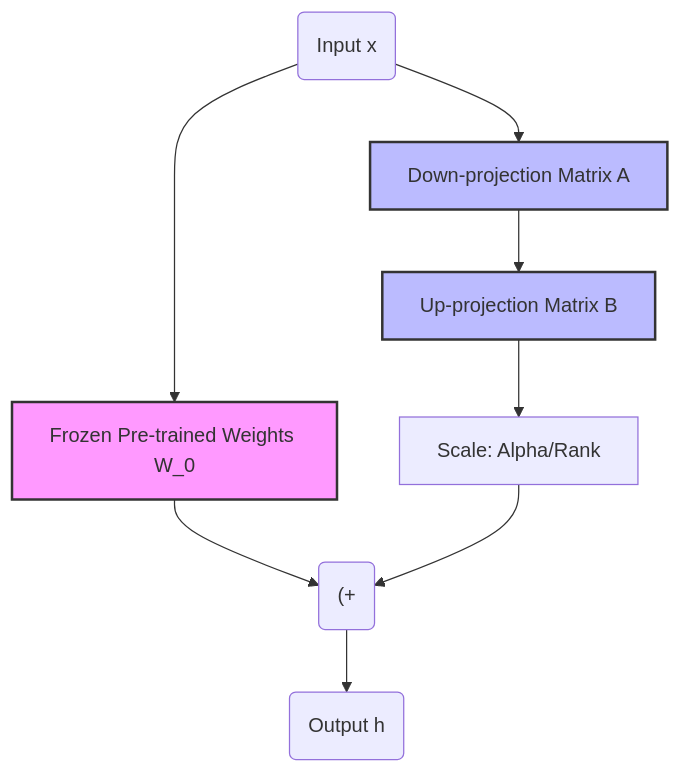
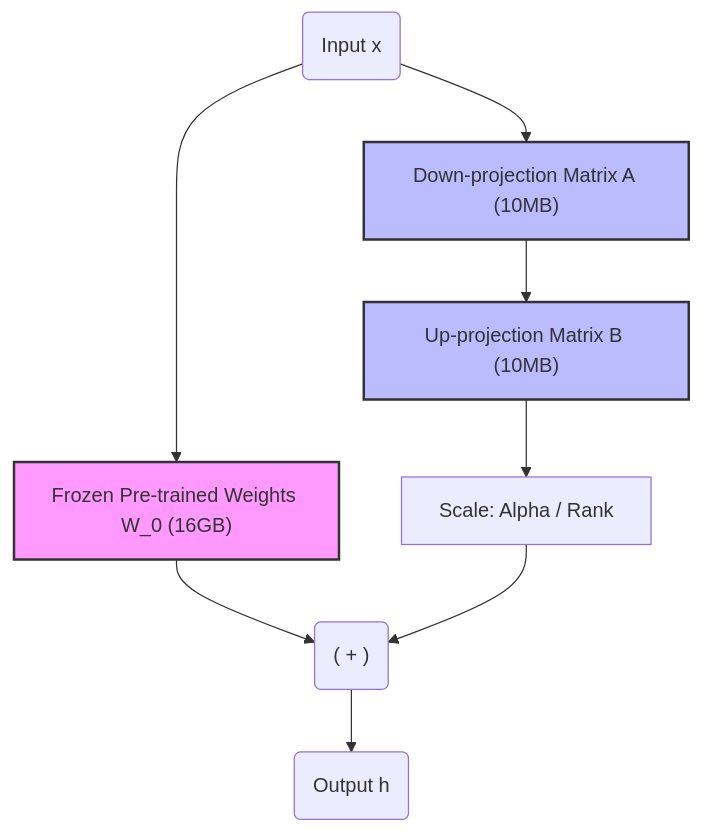
One commit to kythuatdulieu/kythuatdulieu.github.io changed the diagram in src/content/docs/concepts/9-genai-machine-learning/lora.md. Above: the diagram before and after it, drawn with Mermaid. The commit also changed other lines of this file and 213 other files, not shown here.

Commit message:
Fix syntax and rewrite 200+ concepts docs to deep-dive system architecture and add GA4 tracking to quiz app

````diff
--- a/src/content/docs/concepts/9-genai-machine-learning/lora.md
+++ b/src/content/docs/concepts/9-genai-machine-learning/lora.md
@@ -32,14 +31,14 @@
 ```mermaid
 graph TD
-    X("Input x") --> W0["Frozen Pre-trained Weights W_0"]
-    X --> A["Down-projection Matrix A"]
-    A --> B["Up-projection Matrix B"]
-    W0 --> Sum("(+")
-    B --> Scaling["Scale: Alpha/Rank"]
+    X("Input x") --> W0["Frozen Pre-trained Weights W_0 (16GB)"]
+    X --> A["Down-projection Matrix A (10MB)"]
+    A --> B["Up-projection Matrix B (10MB)"]
+    W0 --> Sum("( + )")
+    B --> Scaling["Scale: Alpha / Rank"]
     Scaling --> Sum
     Sum --> H("Output h")
 
     style W0 fill:#f9f,stroke:#333,stroke-width:2px
     style A fill:#bbf,stroke:#333,stroke-width:2px
     style B fill:#bbf,stroke:#333,stroke-width:2px
 ```
````
